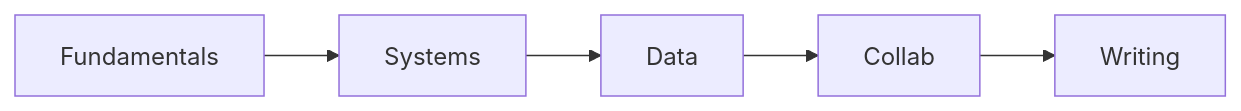
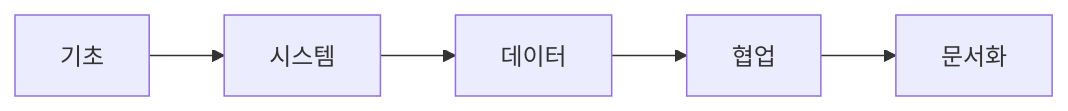
One commit to yeongseon-books/book-content changed the diagram in content/computer-science-major-101/ko/10-skills-before-graduation.md. Above: the diagram before and after it, drawn with Mermaid. The commit also changed other lines of this file and 8 other files, not shown here.

````diff
--- a/content/computer-science-major-101/ko/10-skills-before-graduation.md
+++ b/content/computer-science-major-101/ko/10-skills-before-graduation.md
@@ -33,7 +55,7 @@
 ```mermaid
 flowchart LR
-    F[Fundamentals] --> S[Systems]
-    S --> D[Data]
-    D --> C[Collab]
-    C --> W[Writing]
+    F[기초] --> S[시스템]
+    S --> D[데이터]
+    D --> C[협업]
+    C --> W[문서화]
 ```
````
